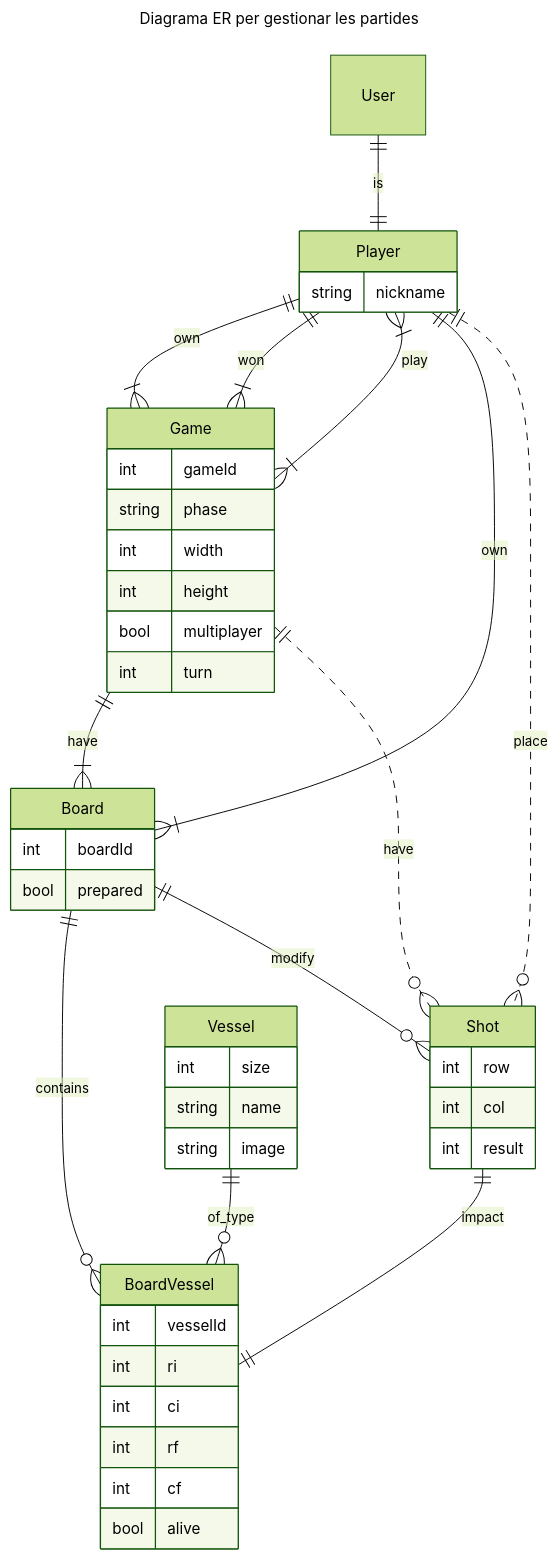
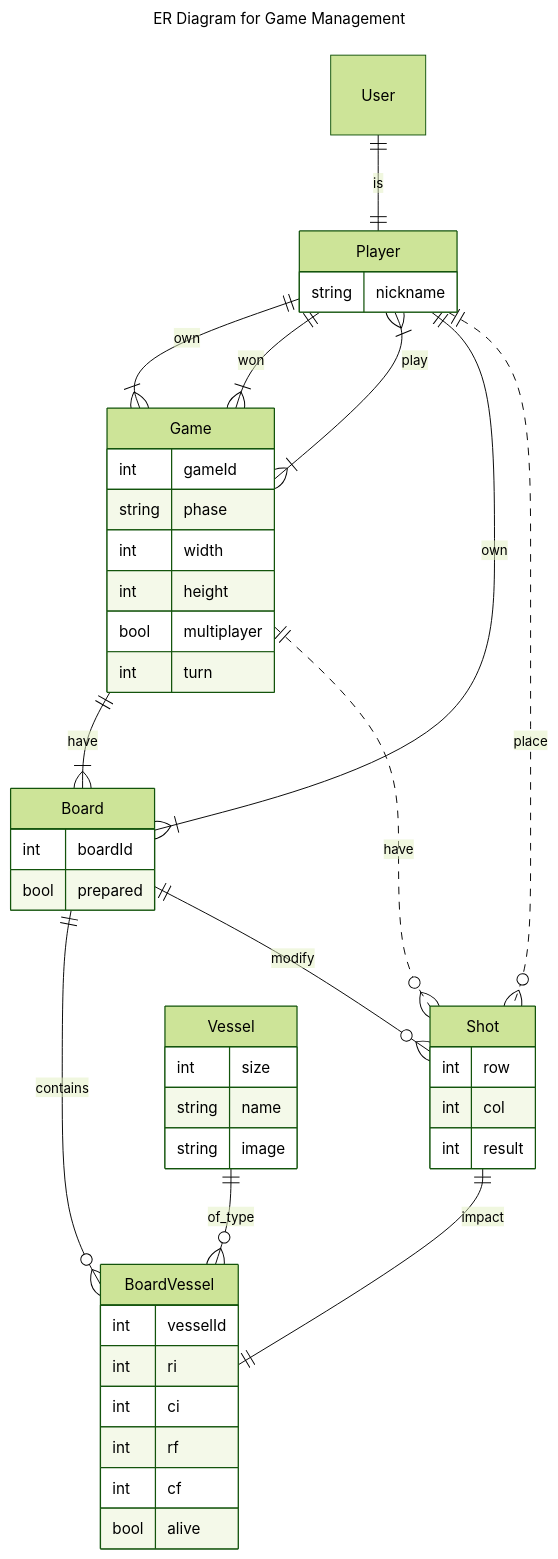
One commit to SoftwareDistribuitUB-2025/Enunciat_P2 changed the diagram in Sessions/Sessio_2_en.md. Above: the diagram before and after it, drawn with Mermaid (forest theme). The commit also changed other lines of this file, not shown here.

````diff
--- a/Sessions/Sessio_2_en.md
+++ b/Sessions/Sessio_2_en.md
@@ -37,51 +33,51 @@
 ```mermaid
 ---
-title: Diagrama ER per gestionar les partides
+title: ER Diagram for Game Management
 ---
 erDiagram
     User 1 to 1 Player: is
     Player {        
         string nickname
     }
     Game {
         int gameId
         string phase
         int width
         int height 
         bool multiplayer
         int turn
     }
     Player 1 to one or more Game: own
     Player 1 to one or more Game: won
     Player }|--|{ Game : play
     Board {
         int boardId
         bool prepared        
     }
     Board ||--o{ BoardVessel : contains
     Player 1 to one or more Board: own
     Game 1 to one or more Board: have
     BoardVessel {        
         int vesselId
         int ri
         int ci
         int rf
         int cf      
         bool alive
     }
     Player 1 optionally to many Shot: place
     Game 1 optionally to many Shot: have
     Shot 1 to 1 BoardVessel: impact
     Board 1 to many Shot: modify
     Vessel 1 to many BoardVessel: of_type
     Shot {        
         int row
         int col
         int result        
     }
     Vessel {
         int size
         string name
         string image
     }
 ```
````
